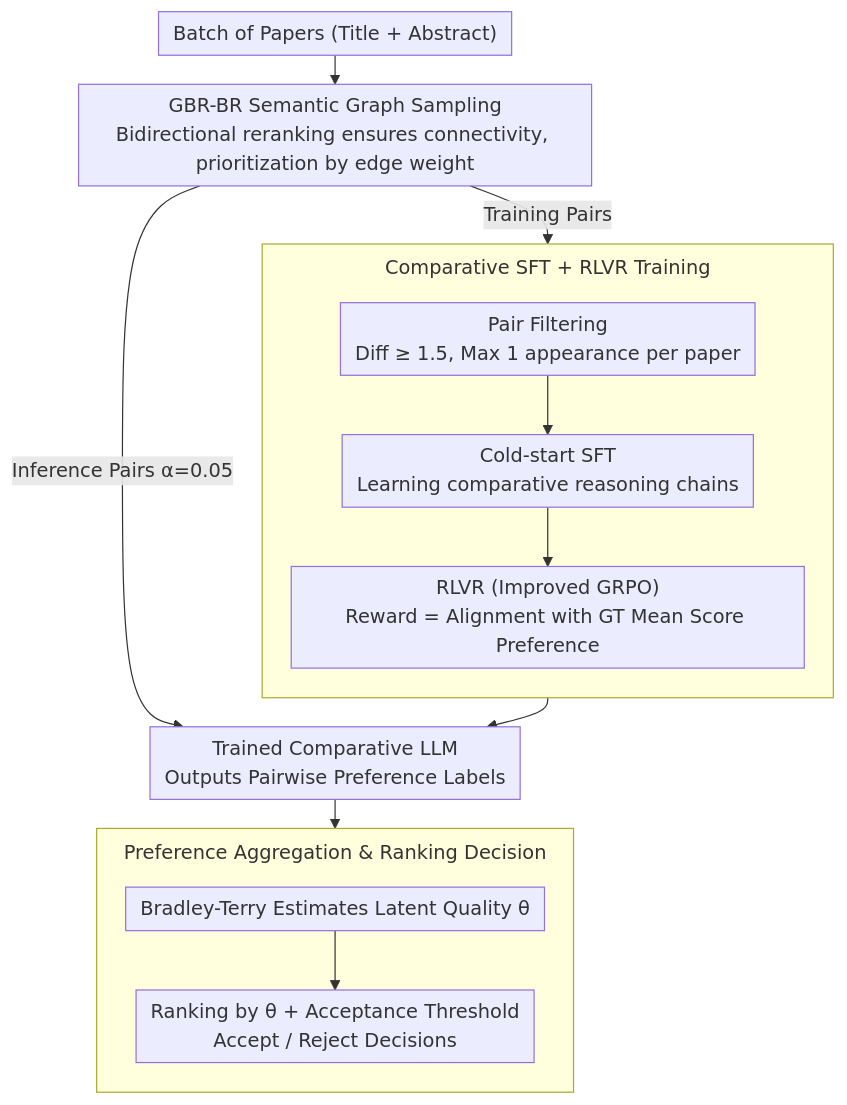
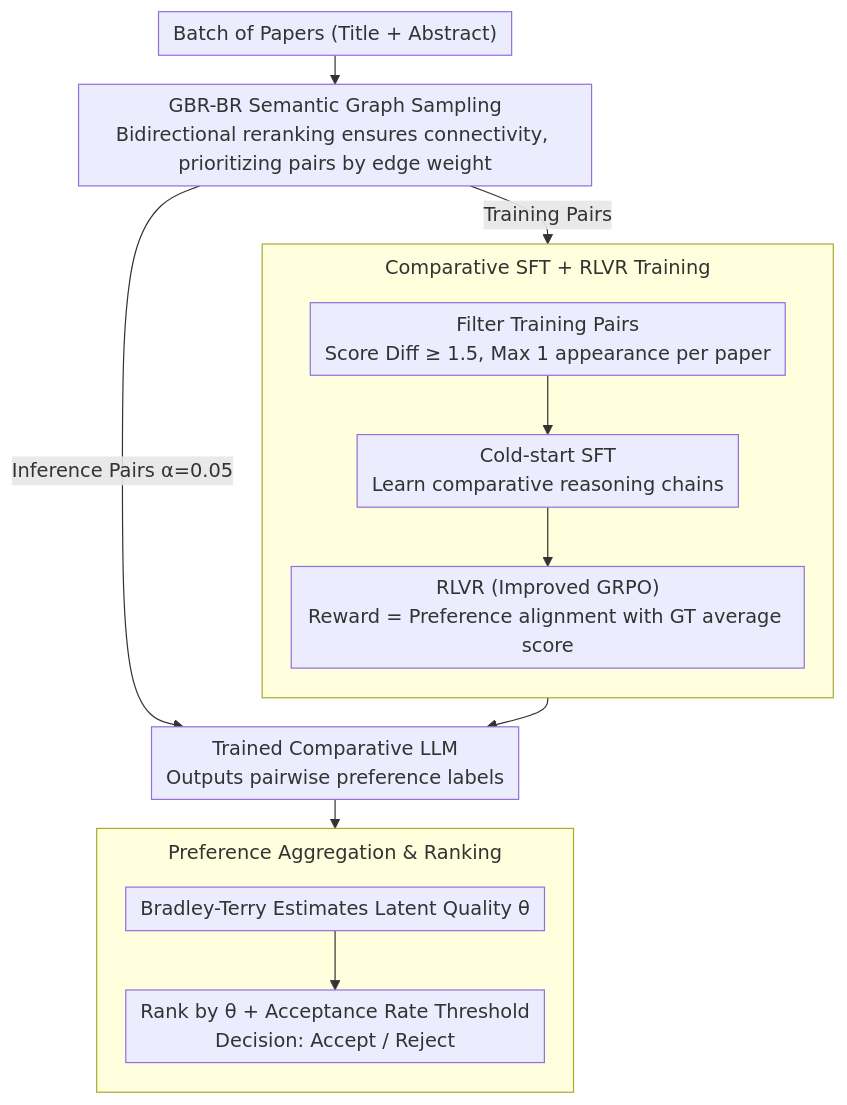
One commit to zhaoyang97/Paper-Notes-en changed the diagram in docs/ACL2026/reinforcement_learning/from_isolated_scoring_to_collaborative_ranking_a_comparison-native_framework_for.md. Above: the diagram before and after it, drawn with Mermaid. The commit also changed other lines of this file and 5084 other files, not shown here.

````diff
--- a/docs/ACL2026/reinforcement_learning/from_isolated_scoring_to_collaborative_ranking_a_comparison-native_framework_for.md
+++ b/docs/ACL2026/reinforcement_learning/from_isolated_scoring_to_collaborative_ranking_a_comparison-native_framework_for.md
@@ -44,18 +44,18 @@
 ```mermaid
 %%{init: {'flowchart': {'rankSpacing': 24, 'nodeSpacing': 28, 'padding': 6, 'wrappingWidth': 400, 'subGraphTitleMargin': {'top': 8, 'bottom': 16}}}}%%
 flowchart TD
-    A["Batch of Papers (Title + Abstract)"] --> B["GBR-BR Semantic Graph Sampling<br/>Bidirectional reranking ensures connectivity, prioritization by edge weight"]
+    A["Batch of Papers (Title + Abstract)"] --> B["GBR-BR Semantic Graph Sampling<br/>Bidirectional reranking ensures connectivity, prioritizing pairs by edge weight"]
     subgraph TR["Comparative SFT + RLVR Training"]
         direction TB
-        C["Pair Filtering<br/>Diff ≥ 1.5, Max 1 appearance per paper"] --> D["Cold-start SFT<br/>Learning comparative reasoning chains"]
-        D --> E["RLVR (Improved GRPO)<br/>Reward = Alignment with GT Mean Score Preference"]
+        C["Filter Training Pairs<br/>Score Diff ≥ 1.5, Max 1 appearance per paper"] --> D["Cold-start SFT<br/>Learn comparative reasoning chains"]
+        D --> E["RLVR (Improved GRPO)<br/>Reward = Preference alignment with GT average score"]
     end
     B -->|Training Pairs| TR
-    B -->|Inference Pairs α=0.05| F["Trained Comparative LLM<br/>Outputs Pairwise Preference Labels"]
+    B -->|Inference Pairs α=0.05| F["Trained Comparative LLM<br/>Outputs pairwise preference labels"]
     TR --> F
-    subgraph AGG["Preference Aggregation & Ranking Decision"]
+    subgraph AGG["Preference Aggregation & Ranking"]
         direction TB
-        G["Bradley-Terry Estimates Latent Quality θ"] --> H["Ranking by θ + Acceptance Threshold<br/>Accept / Reject Decisions"]
+        G["Bradley-Terry Estimates Latent Quality θ"] --> H["Rank by θ + Acceptance Rate Threshold<br/>Decision: Accept / Reject"]
     end
     F --> AGG
 ```
````
